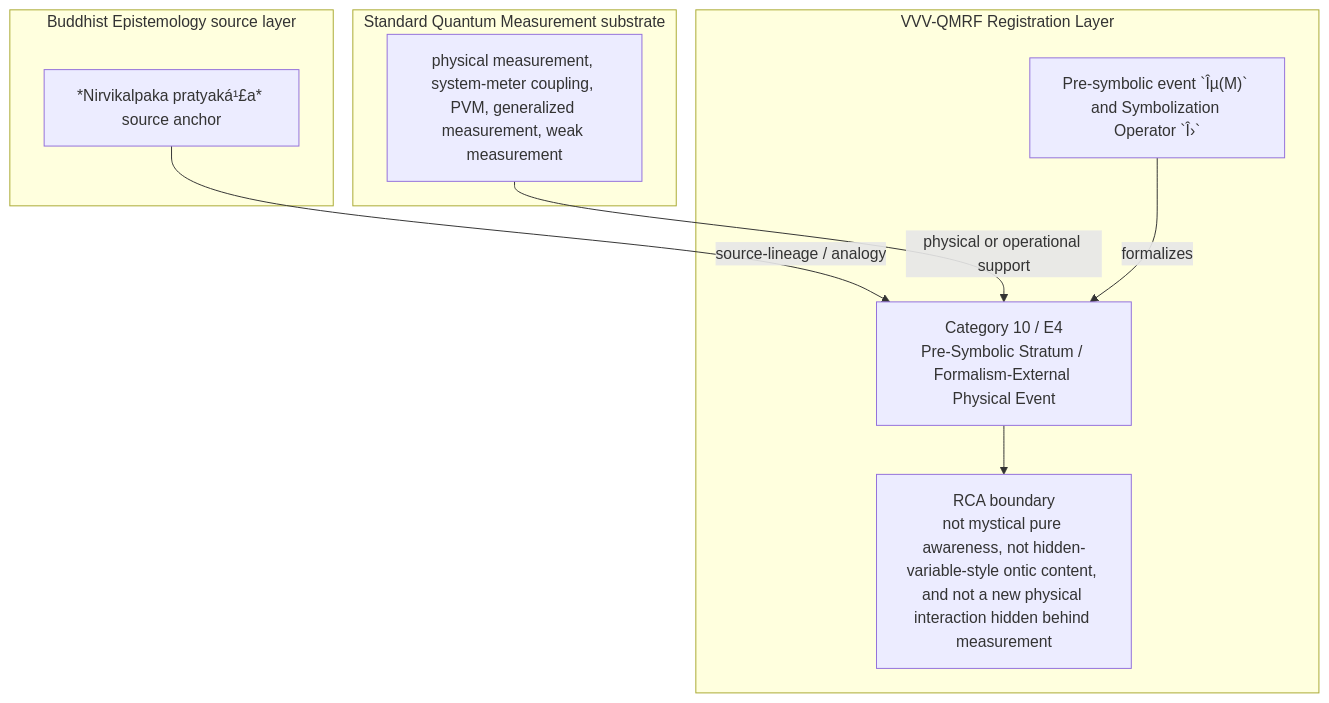
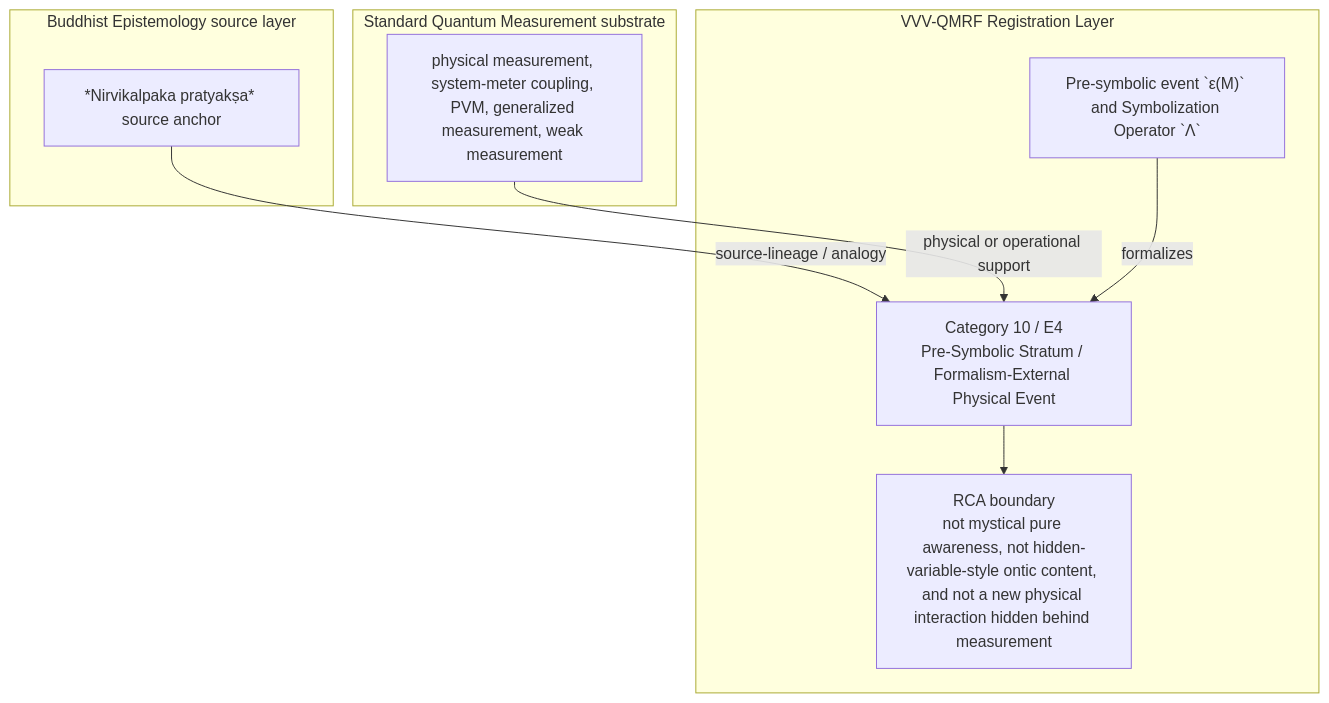
One commit to AIhugART/VVV-QMRF-VietVunVut-Quantum-Measurement-Registration-Framework changed the diagram in documents/research_documents/category/vvv_qmrf_category_10_e04_pre_symbolic_stratum.md. Above: the diagram before and after it, drawn with Mermaid. The commit also changed other lines of this file and 17 other files, not shown here.

````diff
--- a/documents/research_documents/category/vvv_qmrf_category_10_e04_pre_symbolic_stratum.md
+++ b/documents/research_documents/category/vvv_qmrf_category_10_e04_pre_symbolic_stratum.md
@@ -260,21 +261,21 @@
 ```mermaid
 flowchart TD
     subgraph BE["Buddhist Epistemology source layer"]
-        BE1["*Nirvikalpaka pratyaká¹£a* source anchor"]
+        BE1["*Nirvikalpaka pratyakṣa* source anchor"]
     end
 
     subgraph QM["Standard Quantum Measurement substrate"]
         QM1["physical measurement, system-meter coupling, PVM, generalized measurement, weak measurement"]
     end
 
     subgraph VVV["VVV-QMRF Registration Layer"]
         CAT["Category 10 / E4<br/>Pre-Symbolic Stratum / Formalism-External Physical Event"]
-        SYM["Pre-symbolic event `Îµ(M)` and Symbolization Operator `Î›`"]
+        SYM["Pre-symbolic event `ε(M)` and Symbolization Operator `Λ`"]
         BOUND["RCA boundary<br/>not mystical pure awareness, not hidden-variable-style ontic content, and not a new physical interaction hidden behind measurement"]
     end
 
     BE1 -->|"source-lineage / analogy"| CAT
     QM1 -->|"physical or operational support"| CAT
     SYM -->|"formalizes"| CAT
     CAT --> BOUND
 ```
````
